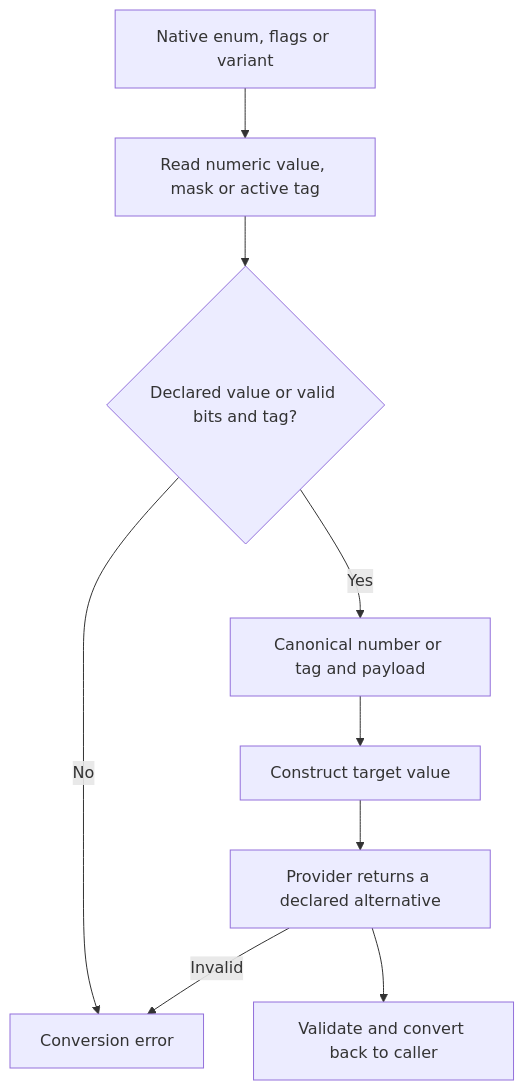
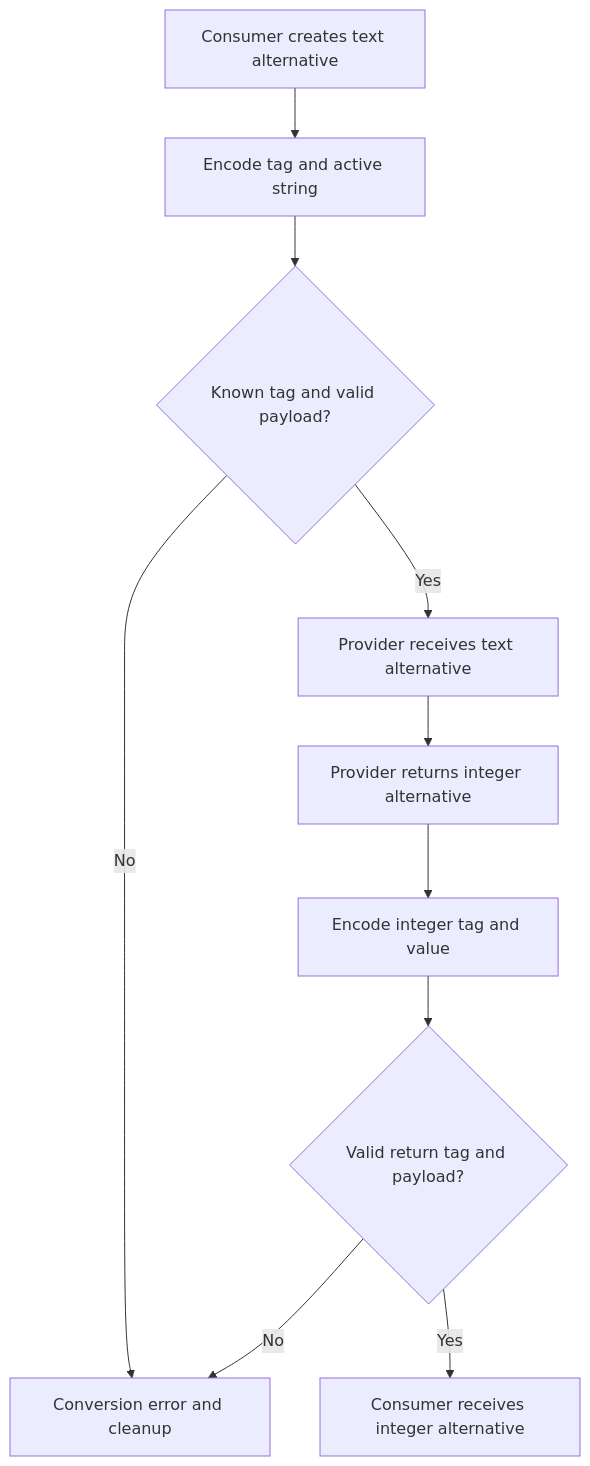
Before and after one commit to polyglue/polyglue: the seventh of 39 diagrams in PROJECT.md, drawn with Mermaid. The commit also changed other lines of this file and 2 other files, not shown here.

Commit message:
docs: clarify callback contracts and bidirectional feature flows

````diff
--- a/PROJECT.md
+++ b/PROJECT.md
@@ -967,11 +1004,12 @@
 ```mermaid
 flowchart TD
-    A["Native enum, flags or variant"] --> B["Read numeric value, mask or active tag"]
-    B --> C{"Declared value or valid bits and tag?"}
-    C -->|No| E["Conversion error"]
-    C -->|Yes| D["Canonical number or tag and payload"]
-    D --> F["Construct target value"]
-    F --> G["Provider returns a declared alternative"]
-    G --> H["Validate and convert back to caller"]
-    G -->|Invalid| E
+    A["Consumer creates text alternative"] --> B["Encode tag and active string"]
+    B --> C{"Known tag and valid payload?"}
+    C -->|No| X["Conversion error and cleanup"]
+    C -->|Yes| D["Provider receives text alternative"]
+    D --> E["Provider returns integer alternative"]
+    E --> F["Encode integer tag and value"]
+    F --> G{"Valid return tag and payload?"}
+    G -->|No| X
+    G -->|Yes| H["Consumer receives integer alternative"]
 ```
````
